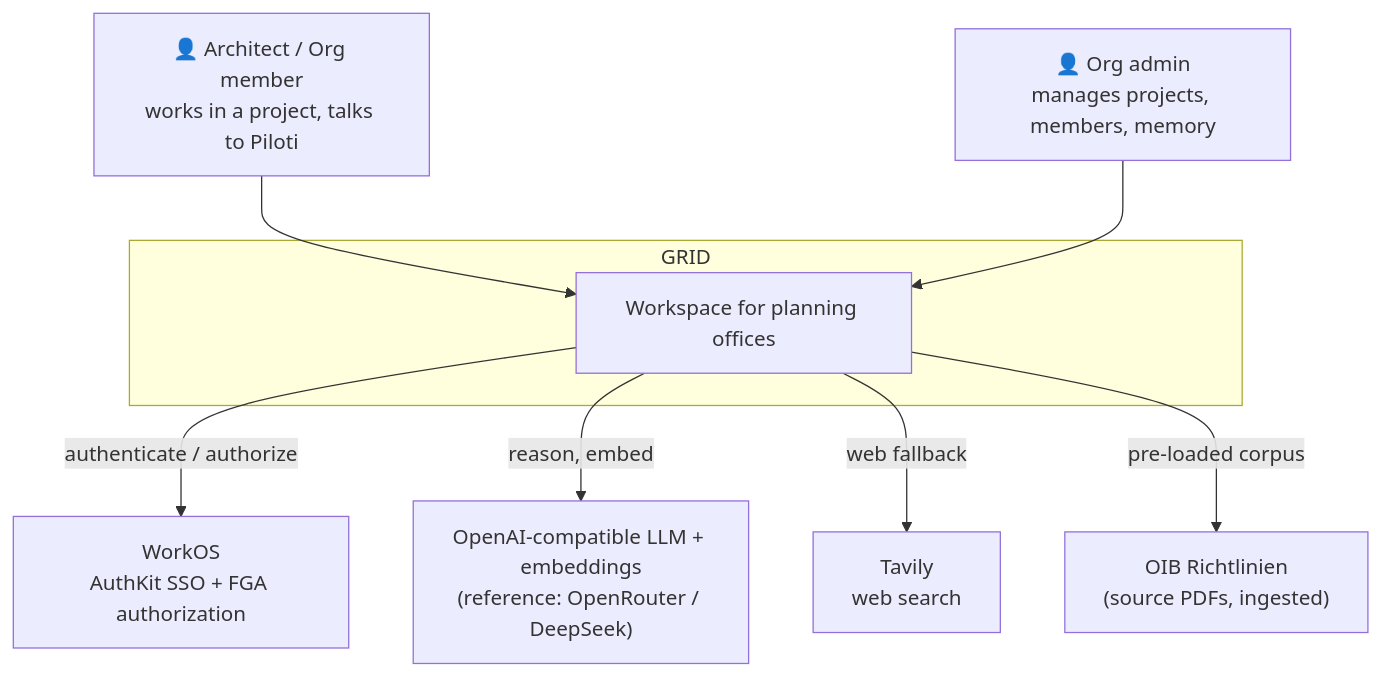
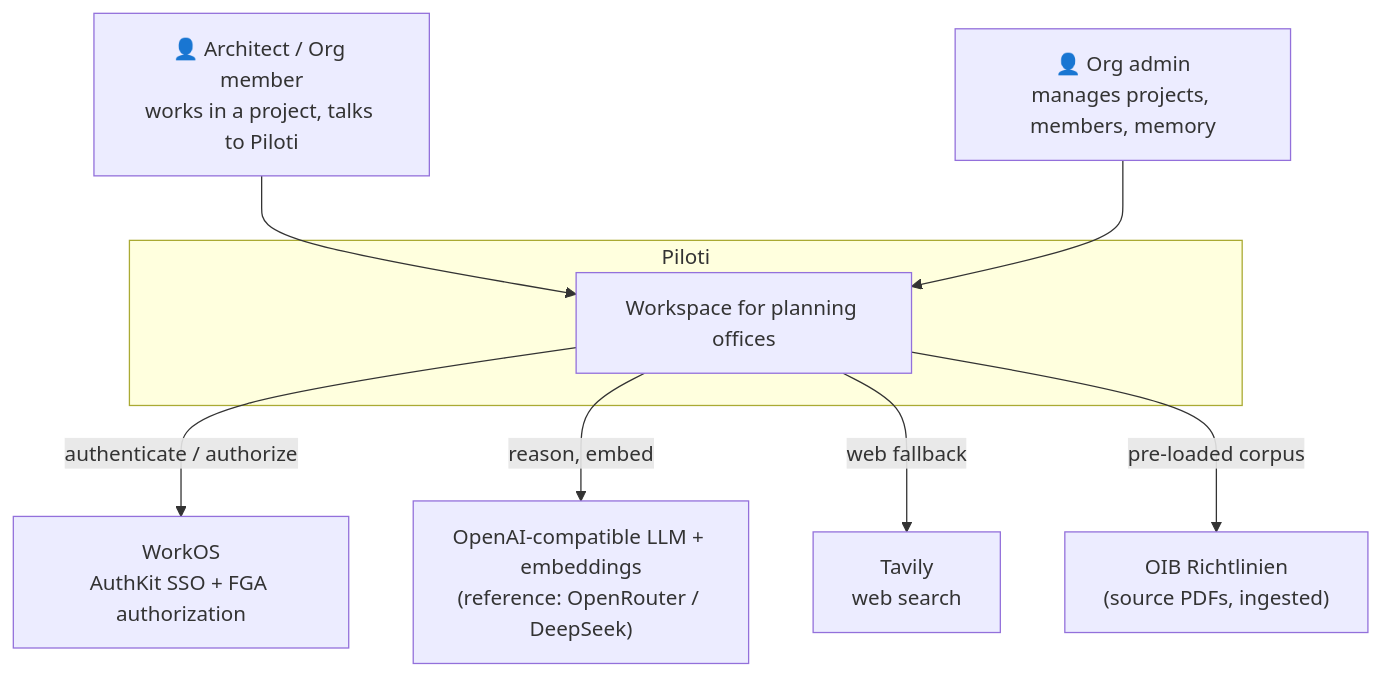
The first of 2 diagrams in docs/architecture/system-overview.md (GRID-check/archos), drawn with Mermaid before and after one commit. The commit also changed other lines of this file and 20 other files, not shown here.

````diff
--- a/docs/architecture/system-overview.md
+++ b/docs/architecture/system-overview.md
@@ -51,21 +51,21 @@
 ```mermaid
 flowchart TB
     Architect["👤 Architect / Org member<br/>works in a project, talks to Piloti"]
     Admin["👤 Org admin<br/>manages projects, members, memory"]
 
-    subgraph GRID["GRID"]
+    subgraph APP["Piloti"]
         SYS["Workspace for planning offices"]
     end
 
     WorkOS["WorkOS<br/>AuthKit SSO + FGA authorization"]
     LLM["OpenAI-compatible LLM + embeddings<br/>(reference: OpenRouter / DeepSeek)"]
     Tavily["Tavily<br/>web search"]
     OIB["OIB Richtlinien<br/>(source PDFs, ingested)"]
 
     Architect --> SYS
     Admin --> SYS
     SYS -->|authenticate / authorize| WorkOS
     SYS -->|reason, embed| LLM
     SYS -->|web fallback| Tavily
     SYS -->|pre-loaded corpus| OIB
 ```
````
